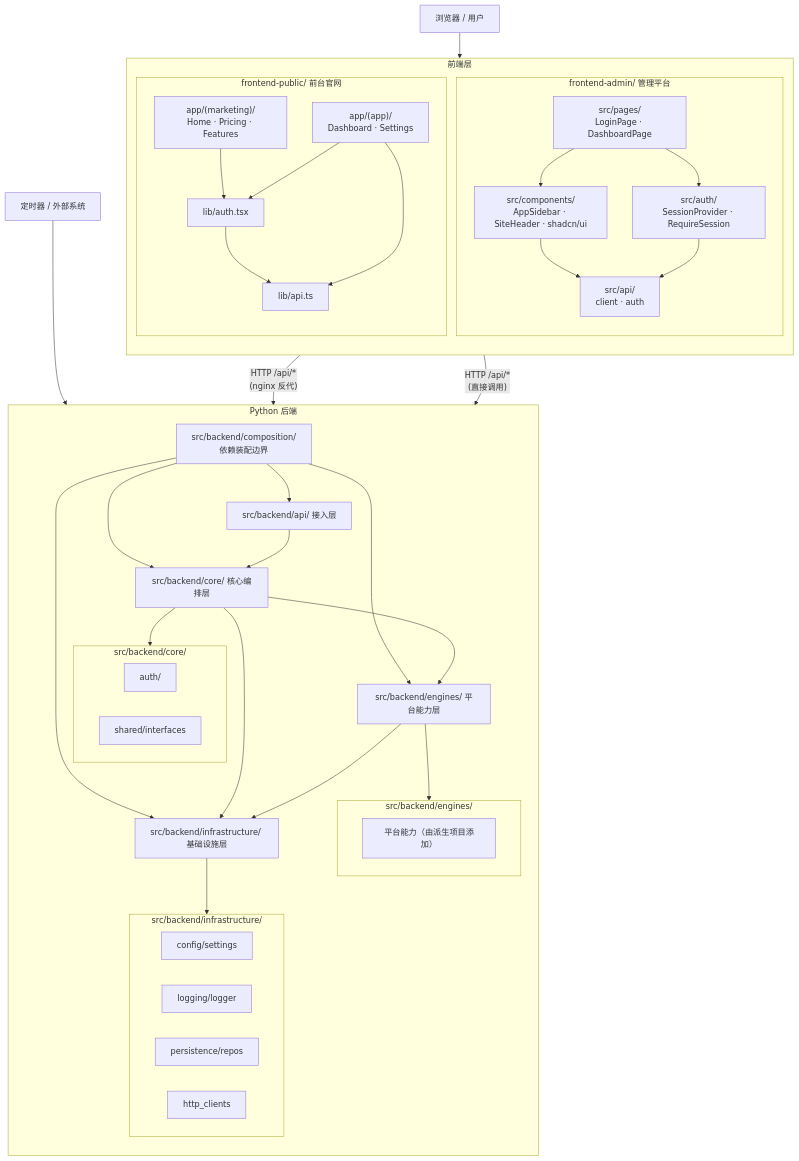
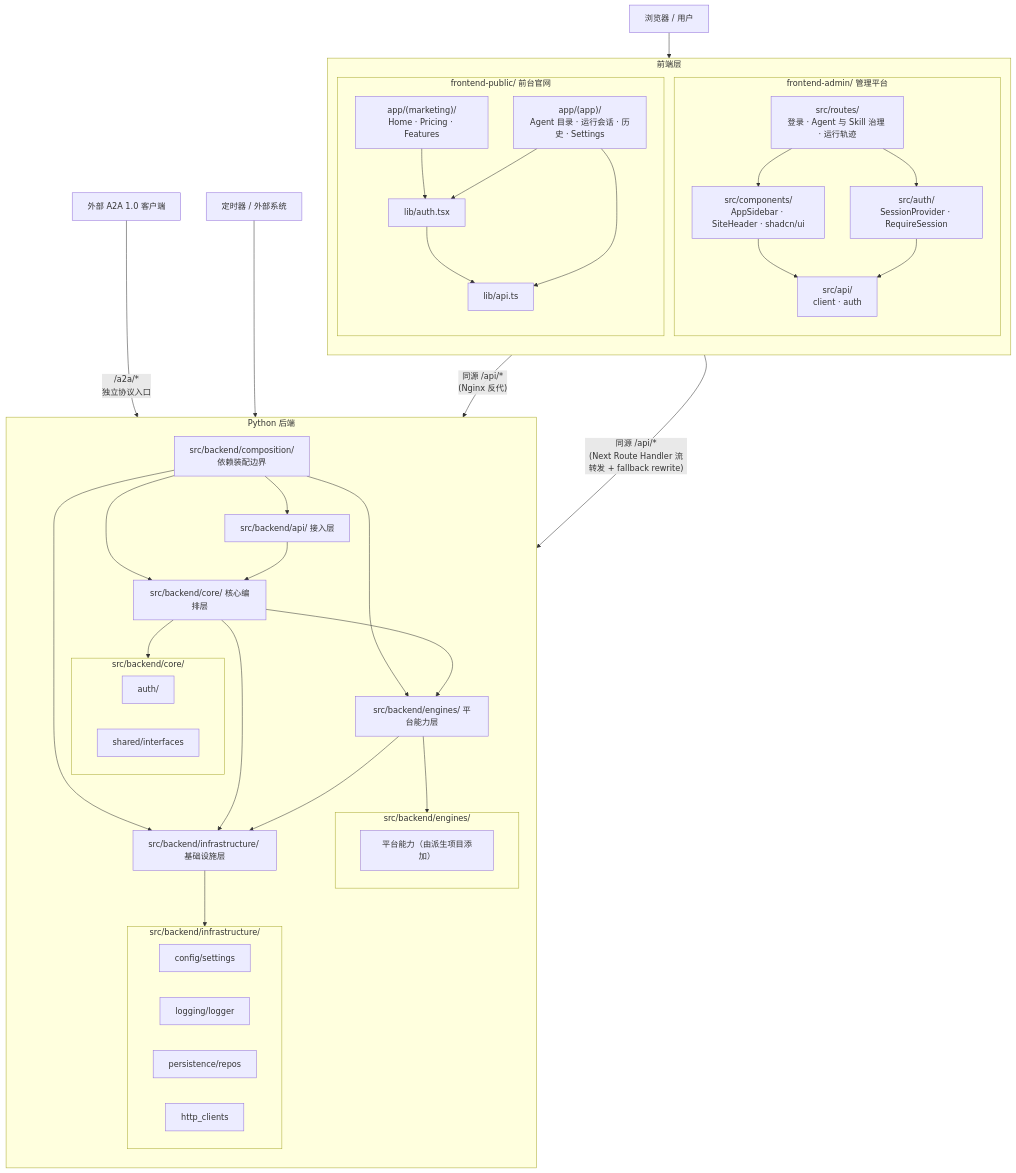
Before and after one commit to ZataZhang/zata-codes-template: the diagram in docs/architecture/system-design.md, drawn with Mermaid. The commit also changed other lines of this file and 181 other files, not shown here.

````diff
--- a/docs/architecture/system-design.md
+++ b/docs/architecture/system-design.md
@@ -57,72 +59,73 @@
 ```mermaid
 flowchart TD
     Browser["浏览器 / 用户"] --> FE
 
     subgraph FE["前端层"]
         direction TB
         subgraph FE_ADMIN["frontend-admin/ 管理平台"]
-            FE_ADMIN_PAGES["src/pages/\nLoginPage · DashboardPage"]
+            FE_ADMIN_PAGES["src/routes/\n登录 · Agent 与 Skill 治理 · 运行轨迹"]
             FE_ADMIN_LAYOUT["src/components/\nAppSidebar · SiteHeader · shadcn/ui"]
             FE_ADMIN_AUTH["src/auth/\nSessionProvider · RequireSession"]
             FE_ADMIN_API["src/api/\nclient · auth"]
             FE_ADMIN_PAGES --> FE_ADMIN_LAYOUT
             FE_ADMIN_PAGES --> FE_ADMIN_AUTH
             FE_ADMIN_AUTH --> FE_ADMIN_API
             FE_ADMIN_LAYOUT --> FE_ADMIN_API
         end
 
         subgraph FE_PUBLIC["frontend-public/ 前台官网"]
             FE_PUBLIC_MARKETING["app/(marketing)/\nHome · Pricing · Features"]
-            FE_PUBLIC_APP["app/(app)/\nDashboard · Settings"]
+            FE_PUBLIC_APP["app/(app)/\nAgent 目录 · 运行会话 · 历史 · Settings"]
             FE_PUBLIC_AUTH["lib/auth.tsx"]
             FE_PUBLIC_API["lib/api.ts"]
             FE_PUBLIC_MARKETING --> FE_PUBLIC_AUTH
             FE_PUBLIC_APP --> FE_PUBLIC_AUTH
             FE_PUBLIC_APP --> FE_PUBLIC_API
             FE_PUBLIC_AUTH --> FE_PUBLIC_API
         end
     end
 
-    FE_ADMIN_API -->|"HTTP /api/*\n(nginx 反代)"| Apps
-    FE_PUBLIC_API -->|"HTTP /api/*\n(直接调用)"| Apps
+FE_ADMIN_API -->|"同源 /api/*\n(Nginx 反代)"| Apps
+FE_PUBLIC_API -->|"同源 /api/*\n(Next Route Handler 流转发 + fallback rewrite)"| Apps
+ExternalA2A["外部 A2A 1.0 客户端"] -->|"/a2a/*\n独立协议入口"| Apps
 
     subgraph Backend["Python 后端"]
         direction TB
         Composition["src/backend/composition/\n依赖装配边界"]
         Apps["src/backend/api/ 接入层"]
         Core["src/backend/core/ 核心编排层"]
         Platform["src/backend/engines/ 平台能力层"]
         Infra["src/backend/infrastructure/ 基础设施层"]
 
         Composition --> Apps
         Composition --> Core
         Composition --> Platform
         Composition --> Infra
         Apps --> Core
         Core --> Platform
         Core --> Infra
         Platform --> Infra
 
         subgraph CoreDetails["src/backend/core/"]
             AUTH["auth/"]
             IFACE["shared/interfaces"]
         end
 
         subgraph PlatformDetails["src/backend/engines/"]
             PLAT["平台能力（由派生项目添加）"]
         end
 
         subgraph InfraDetails["src/backend/infrastructure/"]
             CFG["config/settings"]
             LOG["logging/logger"]
             DB["persistence/repos"]
             HTTP["http_clients"]
         end
 
         Core --> CoreDetails
         Platform --> PlatformDetails
         Infra --> InfraDetails
     end
 
     Timer["定时器 / 外部系统"] --> Apps
 ```
````
